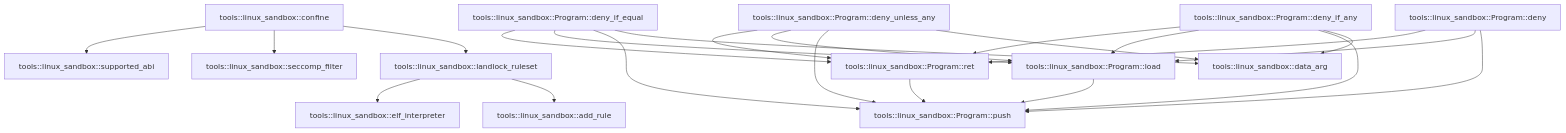
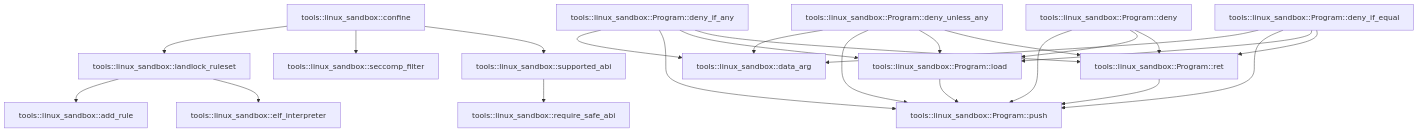
Before and after one commit to TekesApps/TekesKernel: the diagram in crates/tools/docs/generated/src--linux_sandbox.md, drawn with Mermaid. The commit also changed other lines of this file and 41 other files, not shown here.

First line of the commit message:
feat(tools): add Linux bubblewrap seccomp sandbox and native runtime gates (#48)

````diff
--- a/crates/tools/docs/generated/src--linux_sandbox.md
+++ b/crates/tools/docs/generated/src--linux_sandbox.md
@@ -116,39 +123,41 @@
 ```mermaid
 flowchart TD
-  n0["tools::linux_sandbox::confine"]
-  n1["tools::linux_sandbox::landlock_ruleset"]
-  n2["tools::linux_sandbox::add_rule"]
-  n3["tools::linux_sandbox::elf_interpreter"]
-  n4["tools::linux_sandbox::data_arg"]
-  n5["tools::linux_sandbox::Program::push"]
-  n6["tools::linux_sandbox::Program::load"]
-  n7["tools::linux_sandbox::Program::ret"]
-  n8["tools::linux_sandbox::Program::deny"]
-  n9["tools::linux_sandbox::Program::deny_if_any"]
-  n10["tools::linux_sandbox::Program::deny_unless_any"]
-  n11["tools::linux_sandbox::Program::deny_if_equal"]
-  n12["tools::linux_sandbox::seccomp_filter"]
-  n13["tools::linux_sandbox::supported_abi"]
-  n0 --> n1
-  n0 --> n12
-  n0 --> n13
+  n0["tools::linux_sandbox::require_safe_abi"]
+  n1["tools::linux_sandbox::confine"]
+  n2["tools::linux_sandbox::landlock_ruleset"]
+  n3["tools::linux_sandbox::add_rule"]
+  n4["tools::linux_sandbox::elf_interpreter"]
+  n5["tools::linux_sandbox::data_arg"]
+  n6["tools::linux_sandbox::Program::push"]
+  n7["tools::linux_sandbox::Program::load"]
+  n8["tools::linux_sandbox::Program::ret"]
+  n9["tools::linux_sandbox::Program::deny"]
+  n10["tools::linux_sandbox::Program::deny_if_any"]
+  n11["tools::linux_sandbox::Program::deny_unless_any"]
+  n12["tools::linux_sandbox::Program::deny_if_equal"]
+  n13["tools::linux_sandbox::seccomp_filter"]
+  n14["tools::linux_sandbox::supported_abi"]
   n1 --> n2
-  n1 --> n3
-  n6 --> n5
-  n7 --> n5
-  n8 --> n5
+  n1 --> n13
+  n1 --> n14
+  n2 --> n3
+  n2 --> n4
+  n7 --> n6
   n8 --> n6
-  n8 --> n7
-  n9 --> n4
-  n9 --> n5
   n9 --> n6
   n9 --> n7
-  n10 --> n4
+  n9 --> n8
   n10 --> n5
   n10 --> n6
   n10 --> n7
-  n11 --> n4
+  n10 --> n8
   n11 --> n5
   n11 --> n6
   n11 --> n7
+  n11 --> n8
+  n12 --> n5
+  n12 --> n6
+  n12 --> n7
+  n12 --> n8
+  n14 --> n0
 ```
````
